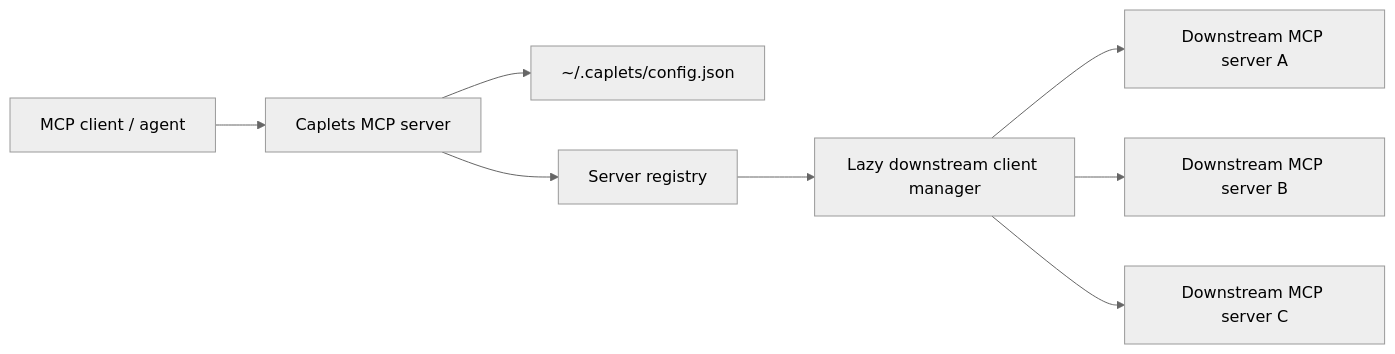
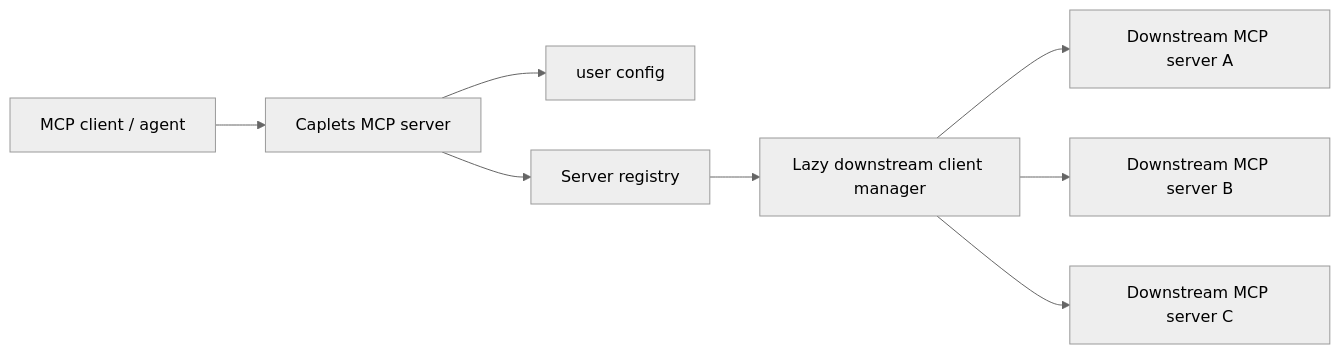
Before and after one commit to spiritledsoftware/caplets: the diagram in docs/product/caplets-progressive-mcp-disclosure-prd.md, drawn with Mermaid (neutral theme). The commit also changed other lines of this file and 16 other files, not shown here.

````diff
--- a/docs/product/caplets-progressive-mcp-disclosure-prd.md
+++ b/docs/product/caplets-progressive-mcp-disclosure-prd.md
@@ -342,10 +343,10 @@
 ```mermaid
 flowchart LR
   Client["MCP client / agent"] --> Caplets["Caplets MCP server"]
-  Caplets --> Config["~/.caplets/config.json"]
+  Caplets --> Config["user config"]
   Caplets --> Registry["Server registry"]
   Registry --> ClientManager["Lazy downstream client manager"]
   ClientManager --> ServerA["Downstream MCP server A"]
   ClientManager --> ServerB["Downstream MCP server B"]
   ClientManager --> ServerC["Downstream MCP server C"]
 ```
````
